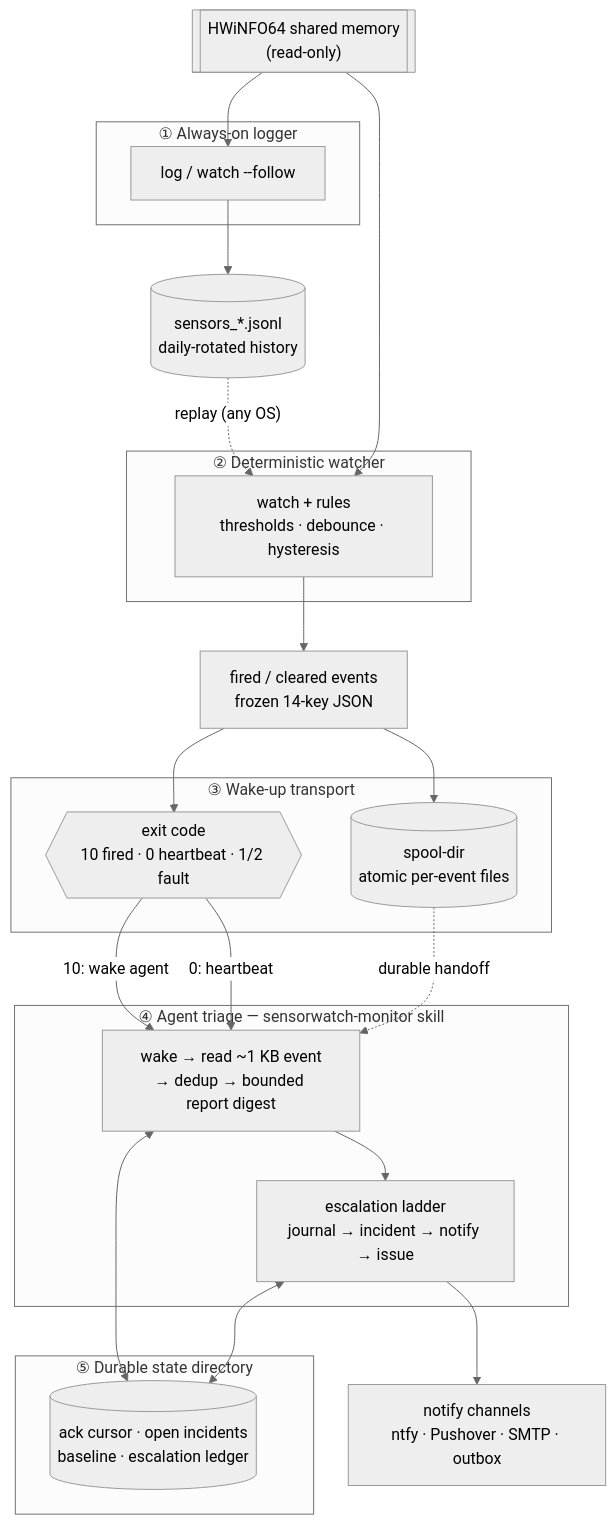
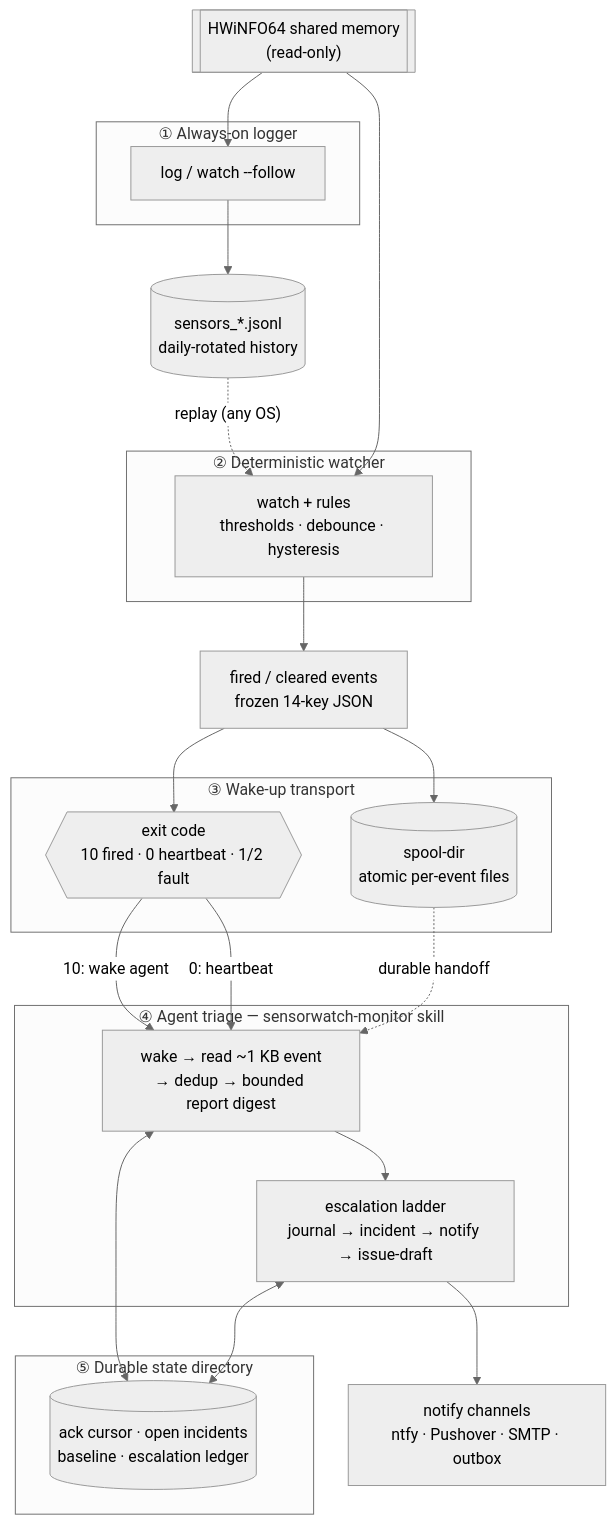
Before and after one commit to lcjanke2020/sensorwatch: the diagram in README.md, drawn with Mermaid (neutral theme). The commit also changed other lines of this file and 9 other files, not shown here.

````diff
--- a/README.md
+++ b/README.md
@@ -543,43 +561,43 @@
 ```mermaid
 flowchart TD
     HW[["HWiNFO64 shared memory<br/>(read-only)"]]
 
     subgraph L1["① Always-on logger"]
         LOG["log / watch --follow"]
     end
     JSONL[("sensors_*.jsonl<br/>daily-rotated history")]
 
     subgraph L2["② Deterministic watcher"]
         WATCH["watch + rules<br/>thresholds · debounce · hysteresis"]
     end
     EV["fired / cleared events<br/>frozen 14-key JSON"]
 
     subgraph L3["③ Wake-up transport"]
         EXIT{{"exit code<br/>10 fired · 0 heartbeat · 1/2 fault"}}
         SPOOL[("spool-dir<br/>atomic per-event files")]
     end
 
     subgraph L4["④ Agent triage — sensorwatch-monitor skill"]
         TRIAGE["wake → read ~1 KB event<br/>→ dedup → bounded report digest"]
-        LADDER["escalation ladder<br/>journal → incident → notify → issue"]
+        LADDER["escalation ladder<br/>journal → incident → notify → issue-draft"]
     end
 
     subgraph L5["⑤ Durable state directory"]
         STATE[("ack cursor · open incidents<br/>baseline · escalation ledger")]
     end
 
     NOTIFY["notify channels<br/>ntfy · Pushover · SMTP · outbox"]
 
     HW --> LOG --> JSONL
     JSONL -. "replay (any OS)" .-> WATCH
     HW --> WATCH
     WATCH --> EV --> EXIT
     EV --> SPOOL
     EXIT -- "10: wake agent" --> TRIAGE
     EXIT -- "0: heartbeat" --> TRIAGE
     SPOOL -. durable handoff .-> TRIAGE
     TRIAGE --> LADDER
     LADDER --> NOTIFY
     TRIAGE <--> STATE
     LADDER <--> STATE
 ```
````
